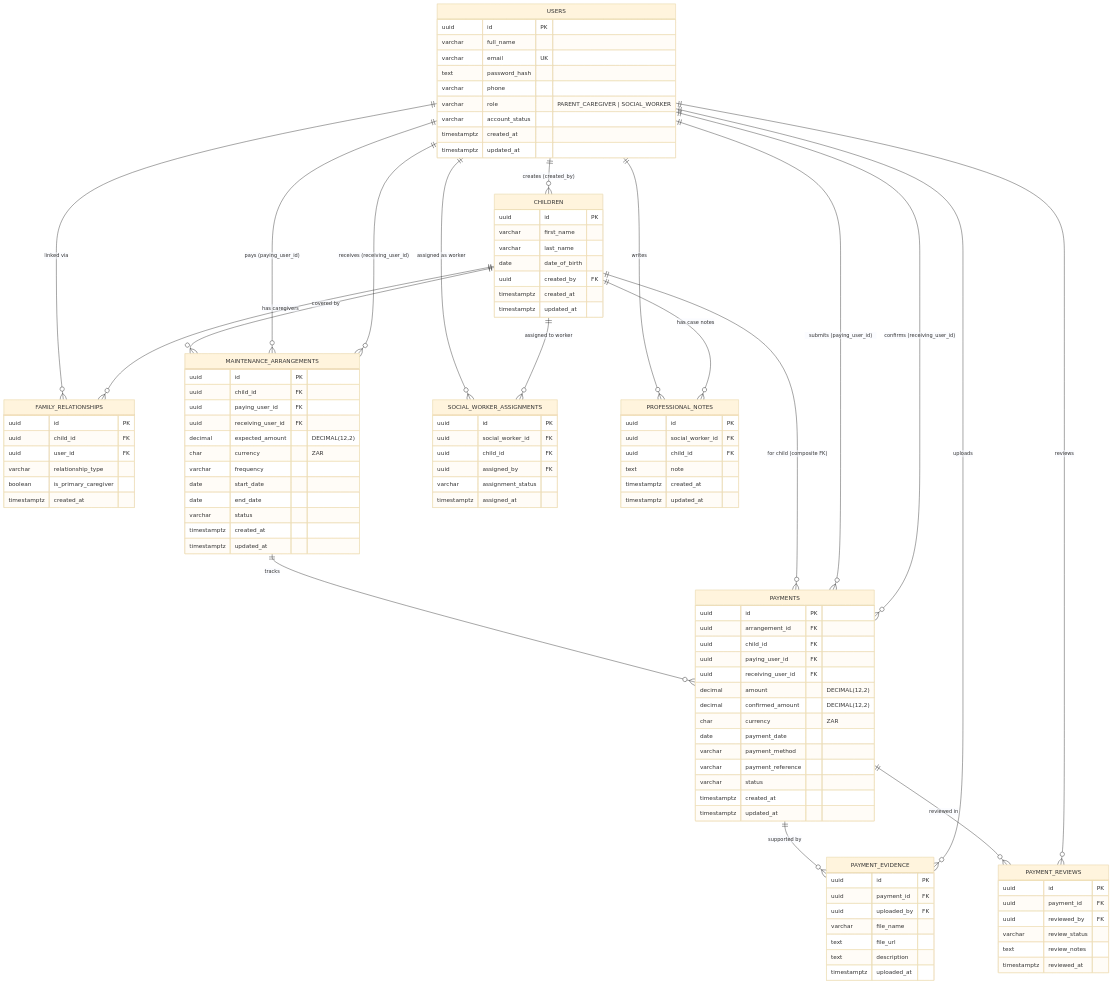
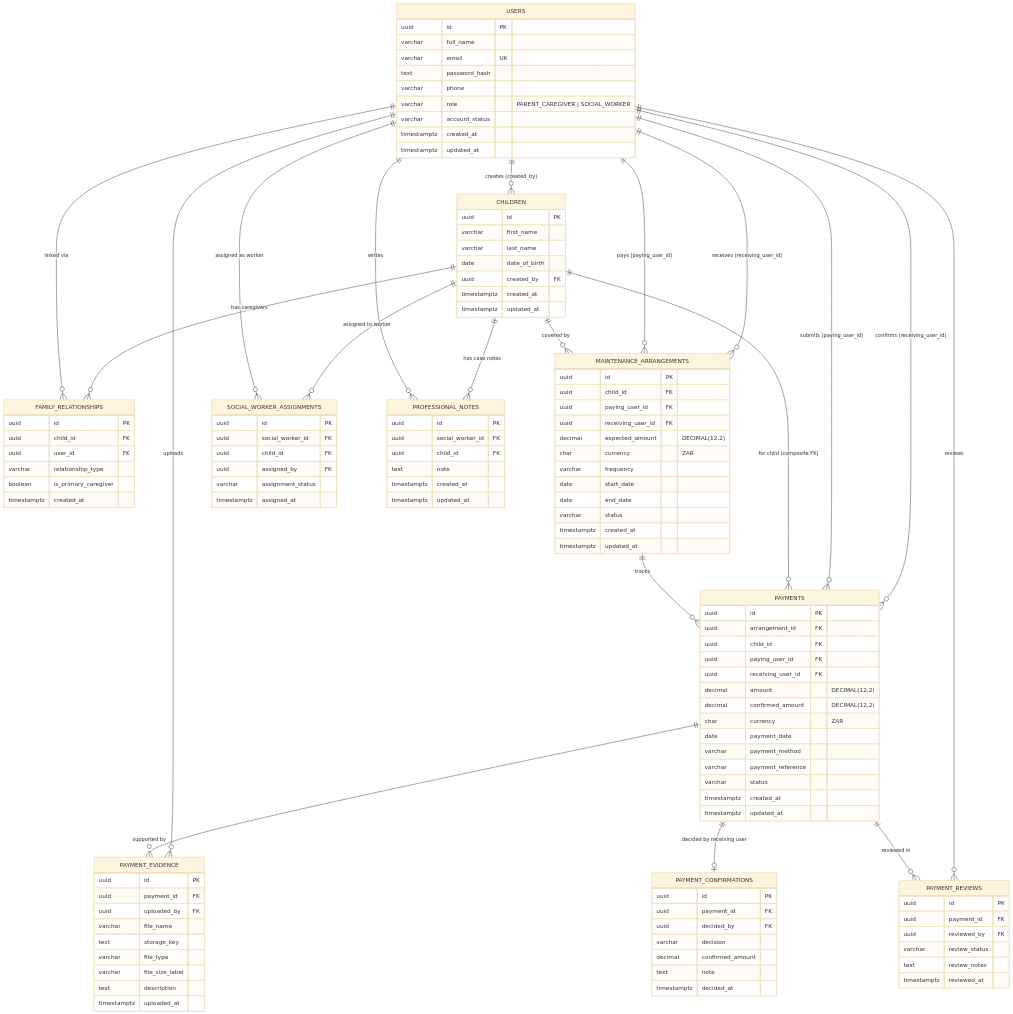
Before and after one commit to Defence-Ndzhobela/mzansi_child_care: the diagram in backend/database/erd.mmd, drawn with Mermaid (base theme). The commit also changed 2 other files, not shown here.

Commit message:
Update database schema and ERD

```diff
--- a/backend/database/erd.mmd
+++ b/backend/database/erd.mmd
@@ -1,119 +1,132 @@
 erDiagram
     USERS {
         uuid id PK
         varchar full_name
         varchar email UK
         text password_hash
         varchar phone
         varchar role "PARENT_CAREGIVER | SOCIAL_WORKER"
         varchar account_status
         timestamptz created_at
         timestamptz updated_at
     }
 
     CHILDREN {
         uuid id PK
         varchar first_name
         varchar last_name
         date date_of_birth
         uuid created_by FK
         timestamptz created_at
         timestamptz updated_at
     }
 
     FAMILY_RELATIONSHIPS {
         uuid id PK
         uuid child_id FK
         uuid user_id FK
         varchar relationship_type
         boolean is_primary_caregiver
         timestamptz created_at
     }
 
     MAINTENANCE_ARRANGEMENTS {
         uuid id PK
         uuid child_id FK
         uuid paying_user_id FK
         uuid receiving_user_id FK
         decimal expected_amount "DECIMAL(12,2)"
         char currency "ZAR"
         varchar frequency
         date start_date
         date end_date
         varchar status
         timestamptz created_at
         timestamptz updated_at
     }
 
     PAYMENTS {
         uuid id PK
         uuid arrangement_id FK
         uuid child_id FK
         uuid paying_user_id FK
         uuid receiving_user_id FK
         decimal amount "DECIMAL(12,2)"
         decimal confirmed_amount "DECIMAL(12,2)"
         char currency "ZAR"
         date payment_date
         varchar payment_method
         varchar payment_reference
         varchar status
         timestamptz created_at
         timestamptz updated_at
     }
 
     PAYMENT_EVIDENCE {
         uuid id PK
         uuid payment_id FK
         uuid uploaded_by FK
         varchar file_name
-        text file_url
+        text storage_key
+        varchar file_type
+        varchar file_size_label
         text description
         timestamptz uploaded_at
+    }
+
+    PAYMENT_CONFIRMATIONS {
+        uuid id PK
+        uuid payment_id FK
+        uuid decided_by FK
+        varchar decision
+        decimal confirmed_amount
+        text note
+        timestamptz decided_at
     }
 
     SOCIAL_WORKER_ASSIGNMENTS {
         uuid id PK
         uuid social_worker_id FK
         uuid child_id FK
         uuid assigned_by FK
         varchar assignment_status
         timestamptz assigned_at
     }
 
     PAYMENT_REVIEWS {
         uuid id PK
         uuid payment_id FK
         uuid reviewed_by FK
         varchar review_status
         text review_notes
         timestamptz reviewed_at
     }
 
     PROFESSIONAL_NOTES {
         uuid id PK
         uuid social_worker_id FK
         uuid child_id FK
         text note
         timestamptz created_at
         timestamptz updated_at
     }
 
     USERS ||--o{ CHILDREN : "creates (created_by)"
     USERS ||--o{ FAMILY_RELATIONSHIPS : "linked via"
     CHILDREN ||--o{ FAMILY_RELATIONSHIPS : "has caregivers"
     CHILDREN ||--o{ MAINTENANCE_ARRANGEMENTS : "covered by"
     USERS ||--o{ MAINTENANCE_ARRANGEMENTS : "pays (paying_user_id)"
     USERS ||--o{ MAINTENANCE_ARRANGEMENTS : "receives (receiving_user_id)"
     MAINTENANCE_ARRANGEMENTS ||--o{ PAYMENTS : "tracks"
     CHILDREN ||--o{ PAYMENTS : "for child (composite FK)"
     USERS ||--o{ PAYMENTS : "submits (paying_user_id)"
     USERS ||--o{ PAYMENTS : "confirms (receiving_user_id)"
     PAYMENTS ||--o{ PAYMENT_EVIDENCE : "supported by"
     USERS ||--o{ PAYMENT_EVIDENCE : "uploads"
+    PAYMENTS ||--o| PAYMENT_CONFIRMATIONS : "decided by receiving user"
     USERS ||--o{ SOCIAL_WORKER_ASSIGNMENTS : "assigned as worker"
     CHILDREN ||--o{ SOCIAL_WORKER_ASSIGNMENTS : "assigned to worker"
     PAYMENTS ||--o{ PAYMENT_REVIEWS : "reviewed in"
     USERS ||--o{ PAYMENT_REVIEWS : "reviews"
     USERS ||--o{ PROFESSIONAL_NOTES : "writes"
     CHILDREN ||--o{ PROFESSIONAL_NOTES : "has case notes"
```
